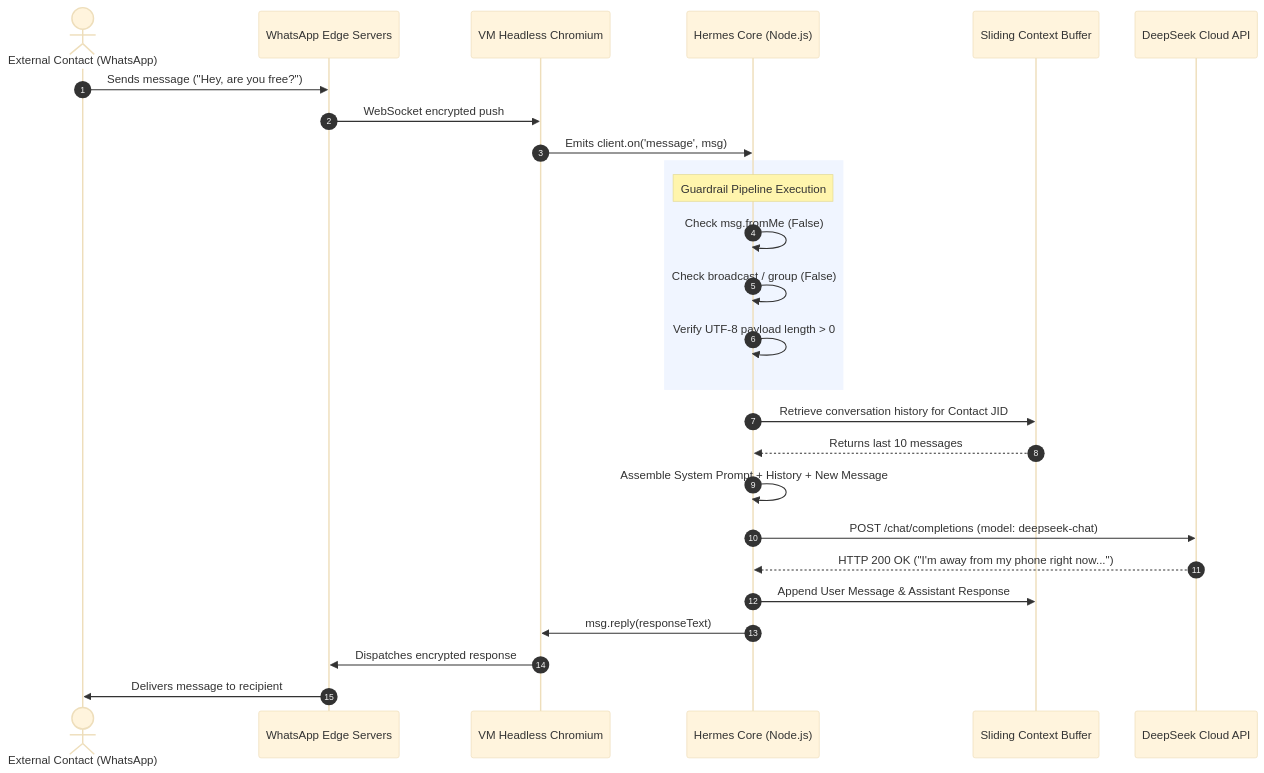
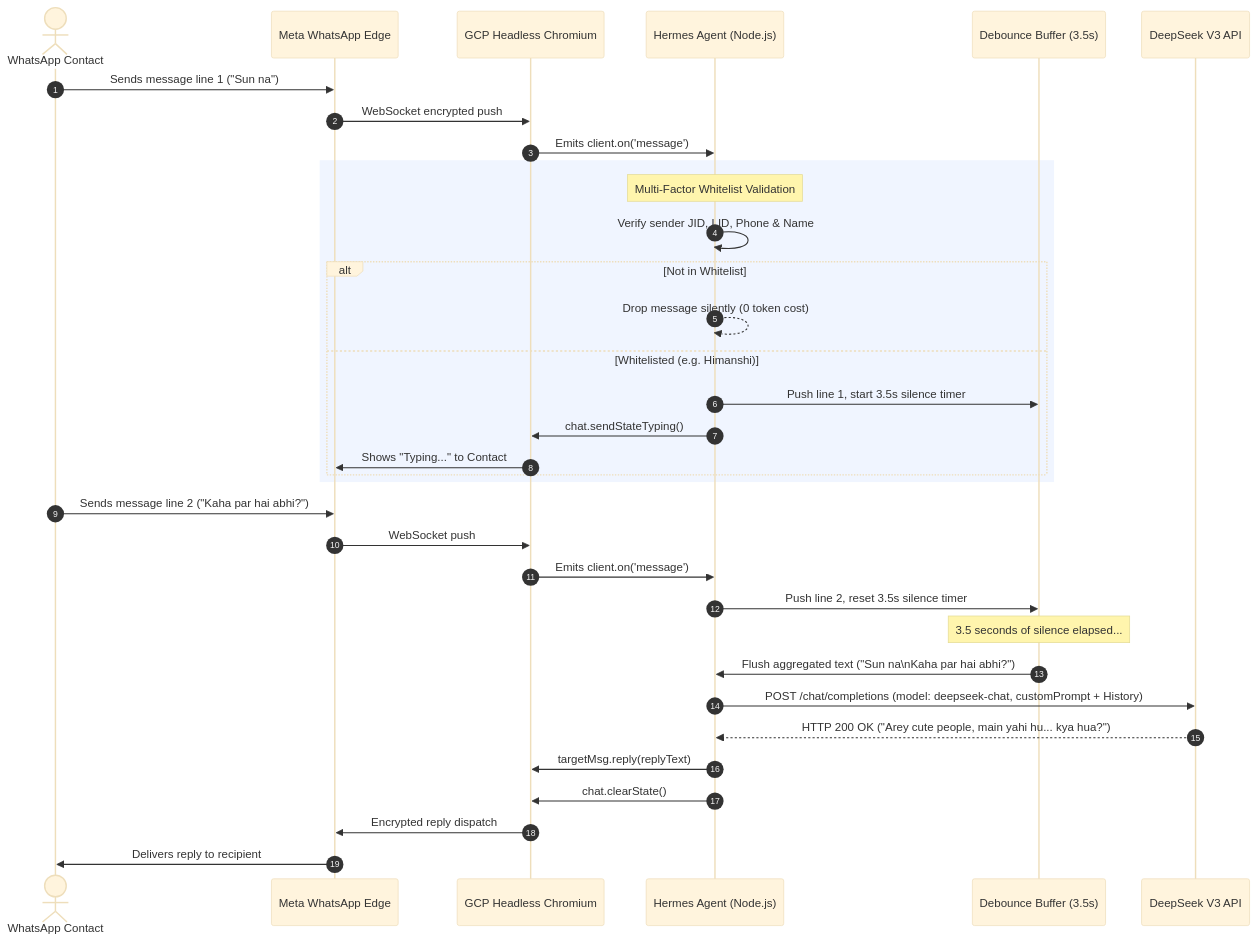
Before and after one commit to roshan-pixel/Hermes-WhatsApp-Agent-on-Google-Cloud-VM: the diagram in README.md, drawn with Mermaid (base theme). The commit also changed other lines of this file and 33 other files, not shown here.

Commit message:
docs: update README with reactive architecture, strict routing, watchdog & graphify knowledge graph

````diff
--- a/README.md
+++ b/README.md
@@ -141,33 +219,42 @@
 ```mermaid
 sequenceDiagram
     autonumber
-    actor Contact as External Contact (WhatsApp)
-    participant WA as WhatsApp Edge Servers
-    participant VM as VM Headless Chromium
-    participant Agent as Hermes Core (Node.js)
-    participant Buffer as Sliding Context Buffer
-    participant LLM as DeepSeek Cloud API
+    actor User as WhatsApp Contact
+    participant WA as Meta WhatsApp Edge
+    participant VM as GCP Headless Chromium
+    participant Core as Hermes Agent (Node.js)
+    participant Buffer as Debounce Buffer (3.5s)
+    participant LLM as DeepSeek V3 API
 
-    Contact->>WA: Sends message ("Hey, are you free?")
+    User->>WA: Sends message line 1 ("Sun na")
     WA->>VM: WebSocket encrypted push
-    VM->>Agent: Emits client.on('message', msg)
+    VM->>Core: Emits client.on('message')
     
     rect rgb(240, 245, 255)
-        Note over Agent: Guardrail Pipeline Execution
-        Agent->>Agent: Check msg.fromMe (False)
-        Agent->>Agent: Check broadcast / group (False)
-        Agent->>Agent: Verify UTF-8 payload length > 0
+        Note over Core: Multi-Factor Whitelist Validation
+        Core->>Core: Verify sender JID, LID, Phone & Name
+        alt Not in Whitelist
+            Core-->>Core: Drop message silently (0 token cost)
+        else Whitelisted (e.g. Himanshi)
+            Core->>Buffer: Push line 1, start 3.5s silence timer
+            Core->>VM: chat.sendStateTyping()
+            VM->>WA: Shows "Typing..." to Contact
+        end
     end
+
+    User->>WA: Sends message line 2 ("Kaha par hai abhi?")
+    WA->>VM: WebSocket push
+    VM->>Core: Emits client.on('message')
+    Core->>Buffer: Push line 2, reset 3.5s silence timer
+
+    Note over Buffer: 3.5 seconds of silence elapsed...
+    Buffer->>Core: Flush aggregated text ("Sun na\nKaha par hai abhi?")
     
-    Agent->>Buffer: Retrieve conversation history for Contact JID
-    Buffer-->>Agent: Returns last 10 messages
-    Agent->>Agent: Assemble System Prompt + History + New Message
+    Core->>LLM: POST /chat/completions (model: deepseek-chat, customPrompt + History)
+    LLM-->>Core: HTTP 200 OK ("Arey cute people, main yahi hu... kya hua?")
     
-    Agent->>LLM: POST /chat/completions (model: deepseek-chat)
-    LLM-->>Agent: HTTP 200 OK ("I'm away from my phone right now...")
-    
-    Agent->>Buffer: Append User Message & Assistant Response
-    Agent->>VM: msg.reply(responseText)
-    VM->>WA: Dispatches encrypted response
-    WA->>Contact: Delivers message to recipient
+    Core->>VM: targetMsg.reply(replyText)
+    Core->>VM: chat.clearState()
+    VM->>WA: Encrypted reply dispatch
+    WA->>User: Delivers reply to recipient
 ```
````
